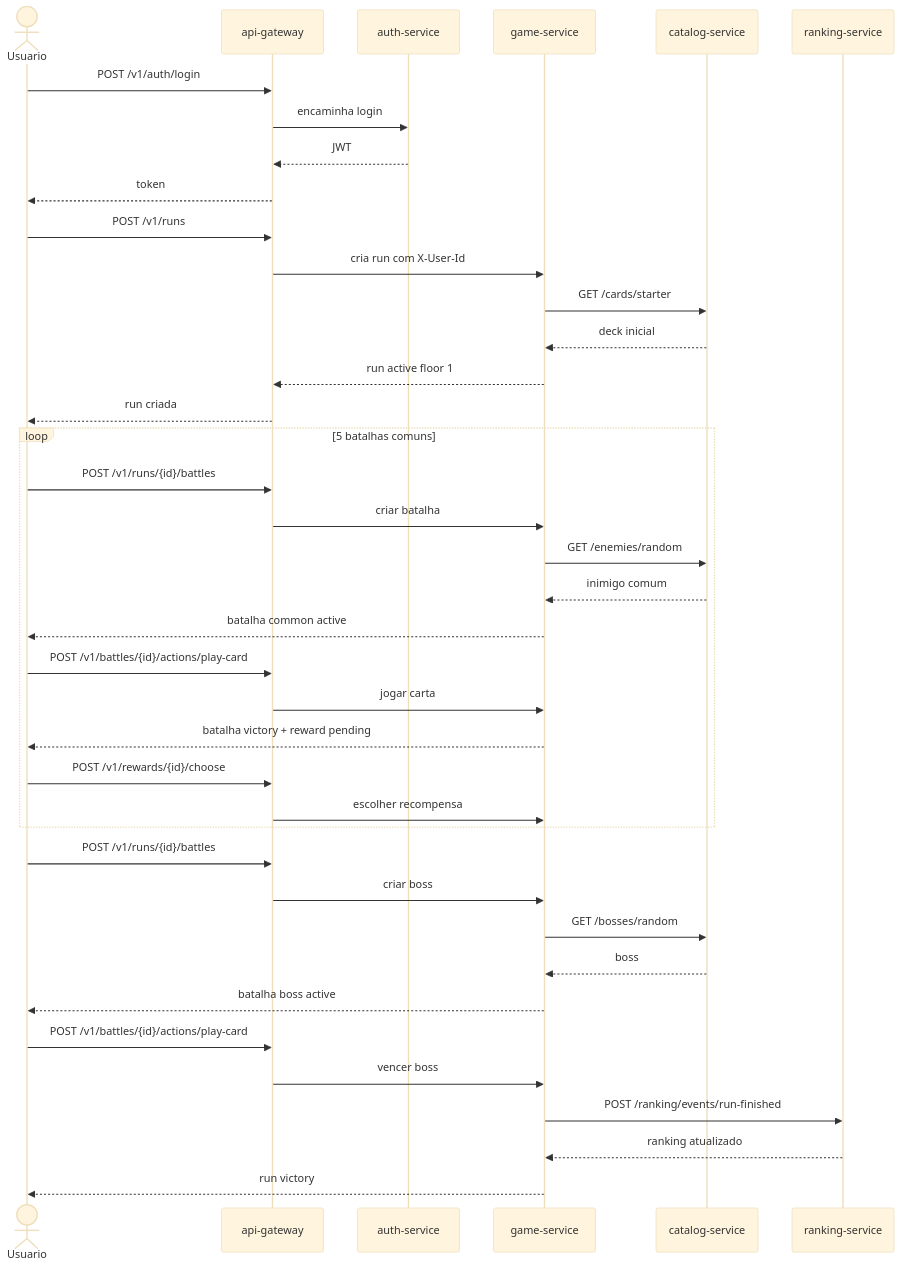
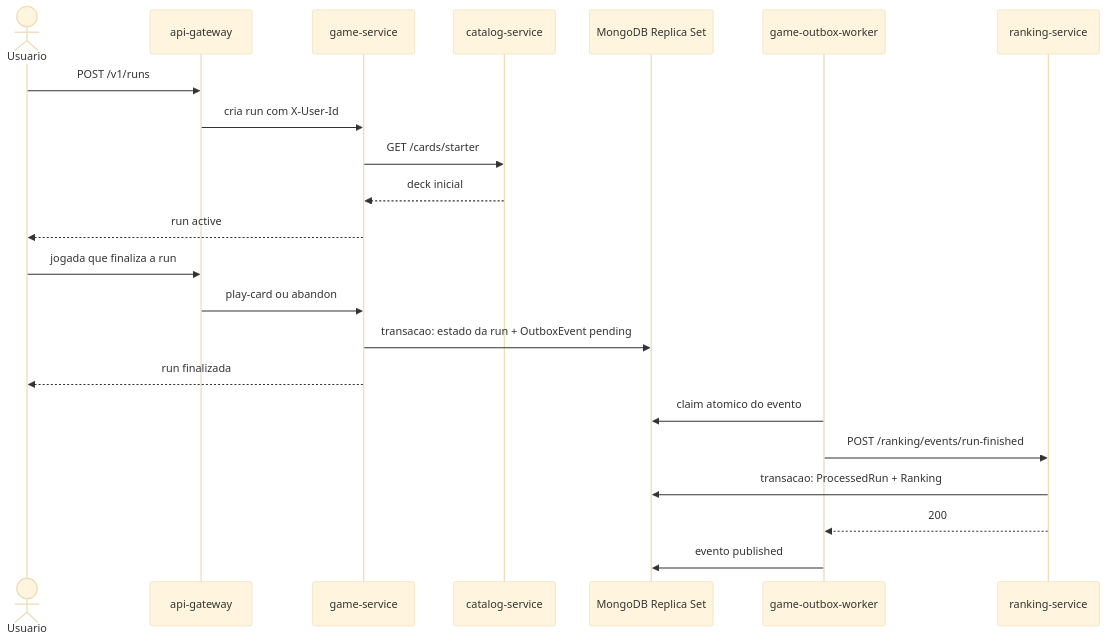
The diagram in docs/architecture.md (VitorFcosta/api_roguelike), drawn with Mermaid (base theme) before and after one commit. The commit also changed other lines of this file and 48 other files, not shown here.

Commit message:
Refactor roguelike API state and combat flow

````diff
--- a/docs/architecture.md
+++ b/docs/architecture.md
@@ -190,45 +39,27 @@
 ```mermaid
 sequenceDiagram
   actor User as Usuario
   participant Gateway as api-gateway
-  participant Auth as auth-service
   participant Game as game-service
   participant Catalog as catalog-service
+  participant Mongo as MongoDB Replica Set
+  participant Worker as game-outbox-worker
   participant Ranking as ranking-service
-
-  User->>Gateway: POST /v1/auth/login
-  Gateway->>Auth: encaminha login
-  Auth-->>Gateway: JWT
-  Gateway-->>User: token
 
   User->>Gateway: POST /v1/runs
   Gateway->>Game: cria run com X-User-Id
   Game->>Catalog: GET /cards/starter
   Catalog-->>Game: deck inicial
-  Game-->>Gateway: run active floor 1
-  Gateway-->>User: run criada
+  Game-->>User: run active
 
-  loop 5 batalhas comuns
-    User->>Gateway: POST /v1/runs/{id}/battles
-    Gateway->>Game: criar batalha
-    Game->>Catalog: GET /enemies/random
-    Catalog-->>Game: inimigo comum
-    Game-->>User: batalha common active
-    User->>Gateway: POST /v1/battles/{id}/actions/play-card
-    Gateway->>Game: jogar carta
-    Game-->>User: batalha victory + reward pending
-    User->>Gateway: POST /v1/rewards/{id}/choose
-    Gateway->>Game: escolher recompensa
-  end
+  User->>Gateway: jogada que finaliza a run
+  Gateway->>Game: play-card ou abandon
+  Game->>Mongo: transacao: estado da run + OutboxEvent pending
+  Game-->>User: run finalizada
 
-  User->>Gateway: POST /v1/runs/{id}/battles
-  Gateway->>Game: criar boss
-  Game->>Catalog: GET /bosses/random
-  Catalog-->>Game: boss
-  Game-->>User: batalha boss active
-  User->>Gateway: POST /v1/battles/{id}/actions/play-card
-  Gateway->>Game: vencer boss
-  Game->>Ranking: POST /ranking/events/run-finished
-  Ranking-->>Game: ranking atualizado
-  Game-->>User: run victory
+  Worker->>Mongo: claim atomico do evento
+  Worker->>Ranking: POST /ranking/events/run-finished
+  Ranking->>Mongo: transacao: ProcessedRun + Ranking
+  Ranking-->>Worker: 200
+  Worker->>Mongo: evento published
 ```
````
